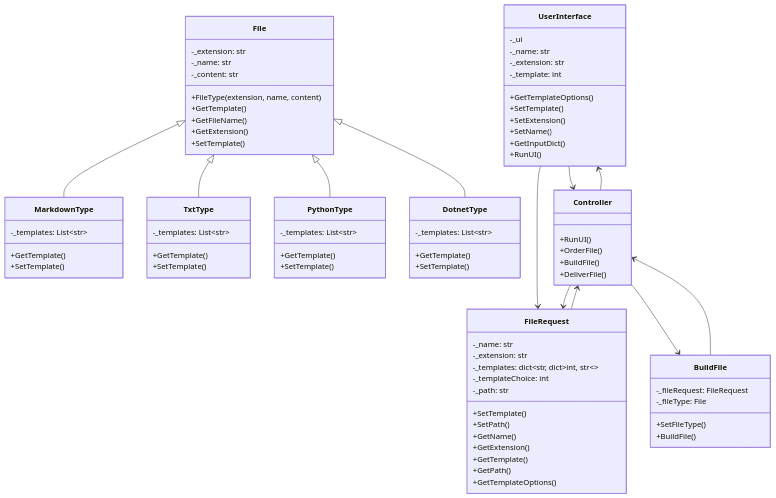
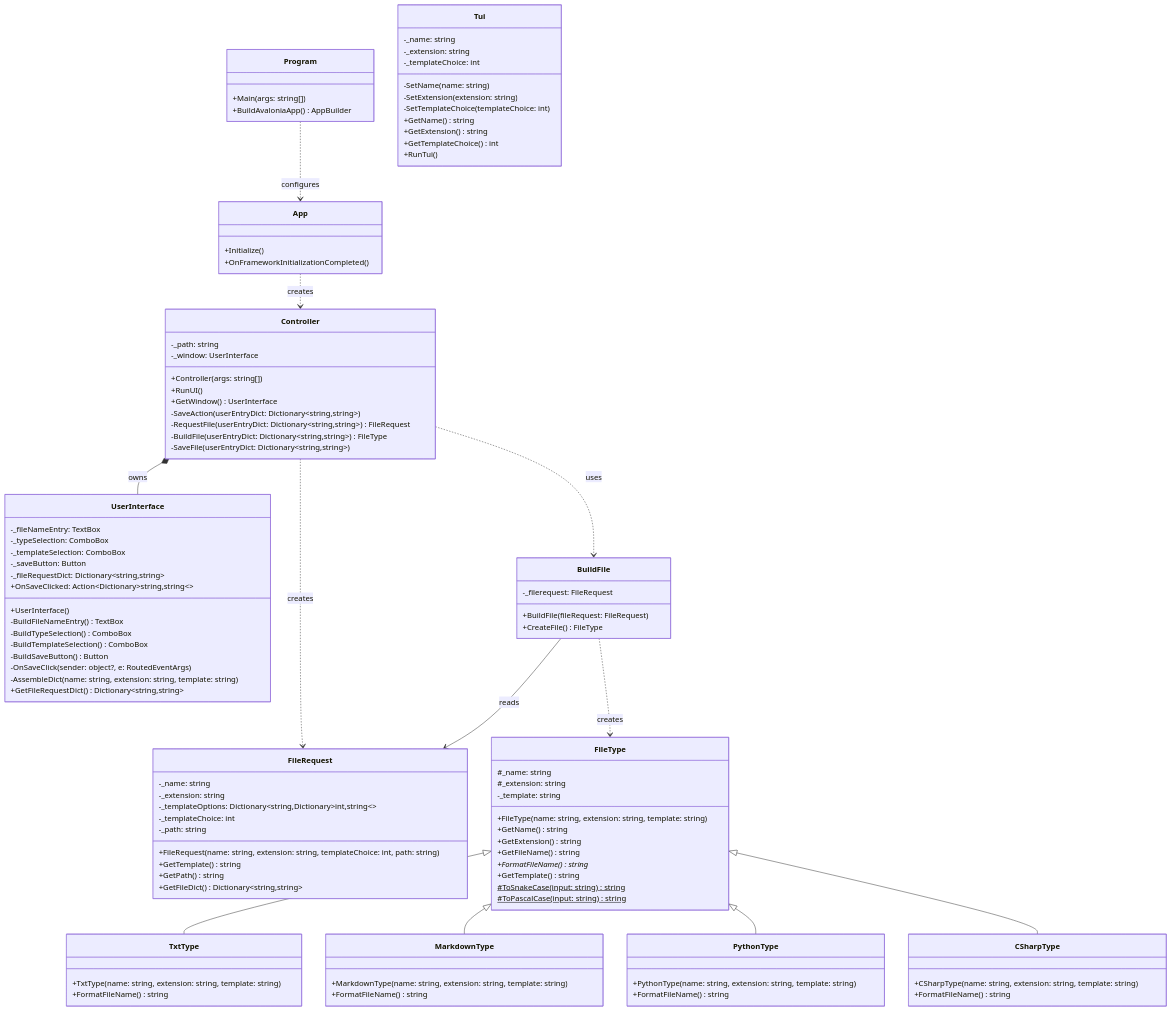
One commit to ribeck18/finder-quickfile changed the diagram in README.md. Above: the diagram before and after it, drawn with Mermaid.

Commit message:
Updated class diagram.

````diff
--- a/README.md
+++ b/README.md
@@ -6,92 +6,118 @@
 ```mermaid
 classDiagram
-  class File {
-    -_extension: str
-    -_name: str
-    -_content: str
-    +FileType(extension, name, content)
-    +GetTemplate()
-    +GetFileName()
-    +GetExtension()
-    +SetTemplate()
+  class Program {
+    +Main(args: string[])
+    +BuildAvaloniaApp() AppBuilder
+  }
+
+  class App {
+    +Initialize()
+    +OnFrameworkInitializationCompleted()
+  }
+
+  class Controller {
+    -_path: string
+    -_window: UserInterface
+    +Controller(args: string[])
+    +RunUI()
+    +GetWindow() UserInterface
+    -SaveAction(userEntryDict: Dictionary~string,string~)
+    -RequestFile(userEntryDict: Dictionary~string,string~) FileRequest
+    -BuildFile(userEntryDict: Dictionary~string,string~) FileType
+    -SaveFile(userEntryDict: Dictionary~string,string~)
+  }
+
+  class UserInterface {
+    -_fileNameEntry: TextBox
+    -_typeSelection: ComboBox
+    -_templateSelection: ComboBox
+    -_saveButton: Button
+    -_fileRequestDict: Dictionary~string,string~
+    +UserInterface()
+    -BuildFileNameEntry() TextBox
+    -BuildTypeSelection() ComboBox
+    -BuildTemplateSelection() ComboBox
+    -BuildSaveButton() Button
+    -OnSaveClick(sender: object?, e: RoutedEventArgs)
+    -AssembleDict(name: string, extension: string, template: string)
+    +OnSaveClicked: Action~Dictionary~string,string~~
+    +GetFileRequestDict() Dictionary~string,string~
+  }
+
+  class FileRequest {
+    -_name: string
+    -_extension: string
+    -_templateOptions: Dictionary~string,Dictionary~int,string~~
+    -_templateChoice: int
+    -_path: string
+    +FileRequest(name: string, extension: string, templateChoice: int, path: string)
+    +GetTemplate() string
+    +GetPath() string
+    +GetFileDict() Dictionary~string,string~
+  }
+
+  class BuildFile {
+    -_filerequest: FileRequest
+    +BuildFile(fileRequest: FileRequest)
+    +CreateFile() FileType
+  }
+
+  class FileType {
+    #_name: string
+    #_extension: string
+    -_template: string
+    +FileType(name: string, extension: string, template: string)
+    +GetName() string
+    +GetExtension() string
+    +GetFileName() string
+    +FormatFileName()* string
+    +GetTemplate() string
+    #ToSnakeCase(input: string)$ string
+    #ToPascalCase(input: string)$ string
+  }
+
+  class TxtType {
+    +TxtType(name: string, extension: string, template: string)
+    +FormatFileName() string
   }
 
   class MarkdownType {
-    -_templates: List~str~
-    +GetTemplate()
-    +SetTemplate()
-  }
-
-  class TxtType {
-    -_templates: List~str~
-    +GetTemplate()
-    +SetTemplate()
+    +MarkdownType(name: string, extension: string, template: string)
+    +FormatFileName() string
   }
 
   class PythonType {
-    -_templates: List~str~
-    +GetTemplate()
-    +SetTemplate()
+    +PythonType(name: string, extension: string, template: string)
+    +FormatFileName() string
   }
 
-  class DotnetType {
-    -_templates: List~str~
-    +GetTemplate()
-    +SetTemplate()
+  class CSharpType {
+    +CSharpType(name: string, extension: string, template: string)
+    +FormatFileName() string
   }
 
-  File <|-- MarkdownType
-  File <|-- TxtType
-  File <|-- PythonType
-  File <|-- DotnetType
-
-  class UserInterface {
-    -_ui
-    -_name: str
-    -_extension: str
-    -_template: int
-    +GetTemplateOptions()
-    +SetTemplate()
-    +SetExtension()
-    +SetName()
-    +GetInputDict()
-    +RunUI()
+  class Tui {
+    -_name: string
+    -_extension: string
+    -_templateChoice: int
+    -SetName(name: string)
+    -SetExtension(extension: string)
+    -SetTemplateChoice(templateChoice: int)
+    +GetName() string
+    +GetExtension() string
+    +GetTemplateChoice() int
+    +RunTui()
   }
 
-  class FileRequest {
-    -_name: str
-    -_extension: str
-    -_templates: dict~str, dict~int, str~~
-    -_templateChoice: int
-    -_path: str
-    +SetTemplate()
-    +SetPath()
-    +GetName()
-    +GetExtension()
-    +GetTemplate()
-    +GetPath()
-    +GetTemplateOptions()
-  }
-
-  class BuildFile {
-    -_fileRequest: FileRequest
-    -_fileType: File
-    +SetFileType()
-    +BuildFile()
-  }
-
-  class Controller {
-    +RunUI()
-    +OrderFile()
-    +BuildFile()
-    +DeliverFile()
-  }
-
-  Controller --> UserInterface
-  UserInterface --> Controller
-  UserInterface --> FileRequest
-  Controller --> FileRequest
-  FileRequest --> Controller
-  Controller --> BuildFile
-  BuildFile --> Controller
+  Program ..> App : configures
+  App ..> Controller : creates
+  Controller *-- UserInterface : owns
+  Controller ..> FileRequest : creates
+  Controller ..> BuildFile : uses
+  BuildFile --> FileRequest : reads
+  BuildFile ..> FileType : creates
+  FileType <|-- TxtType
+  FileType <|-- MarkdownType
+  FileType <|-- PythonType
+  FileType <|-- CSharpType
 ```
````
